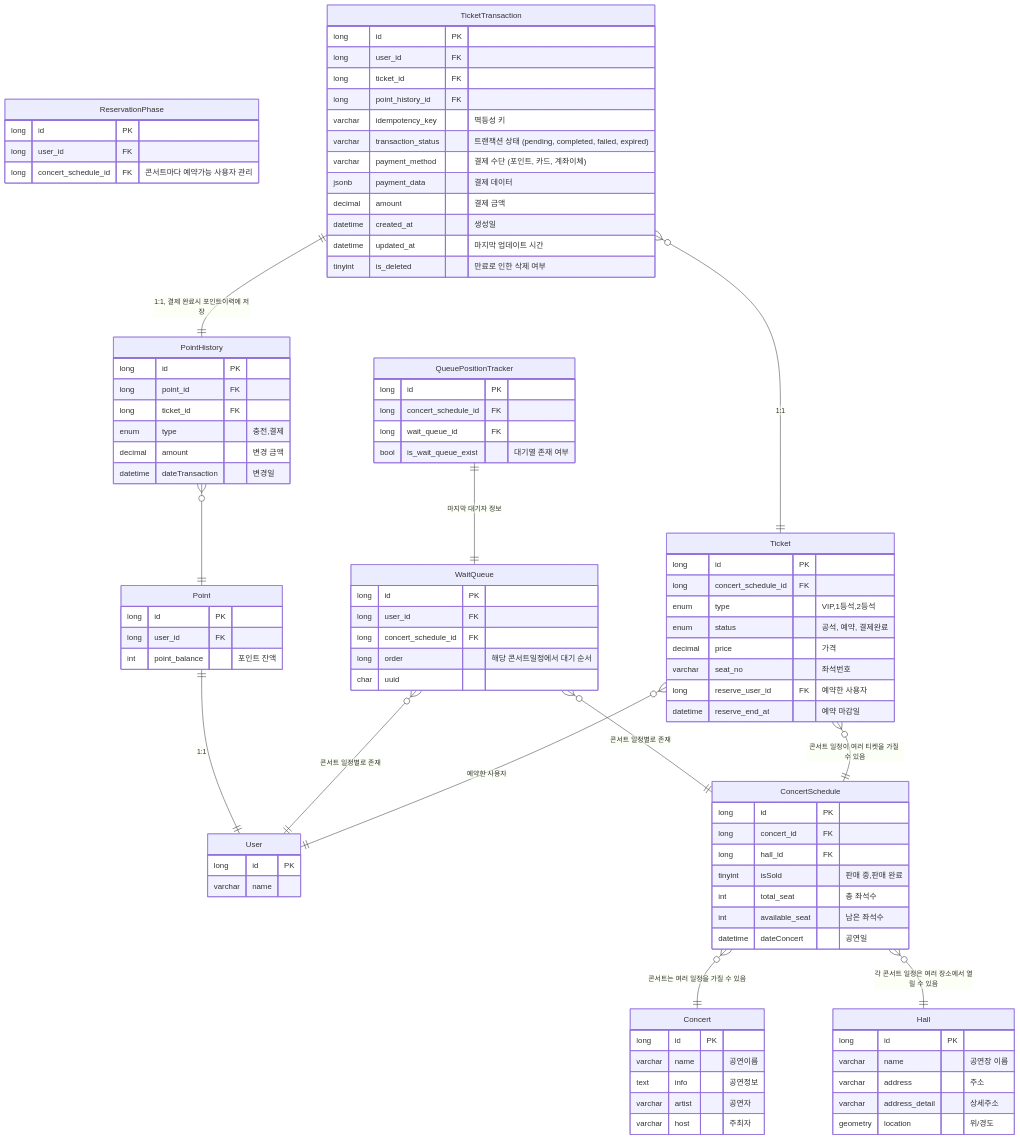
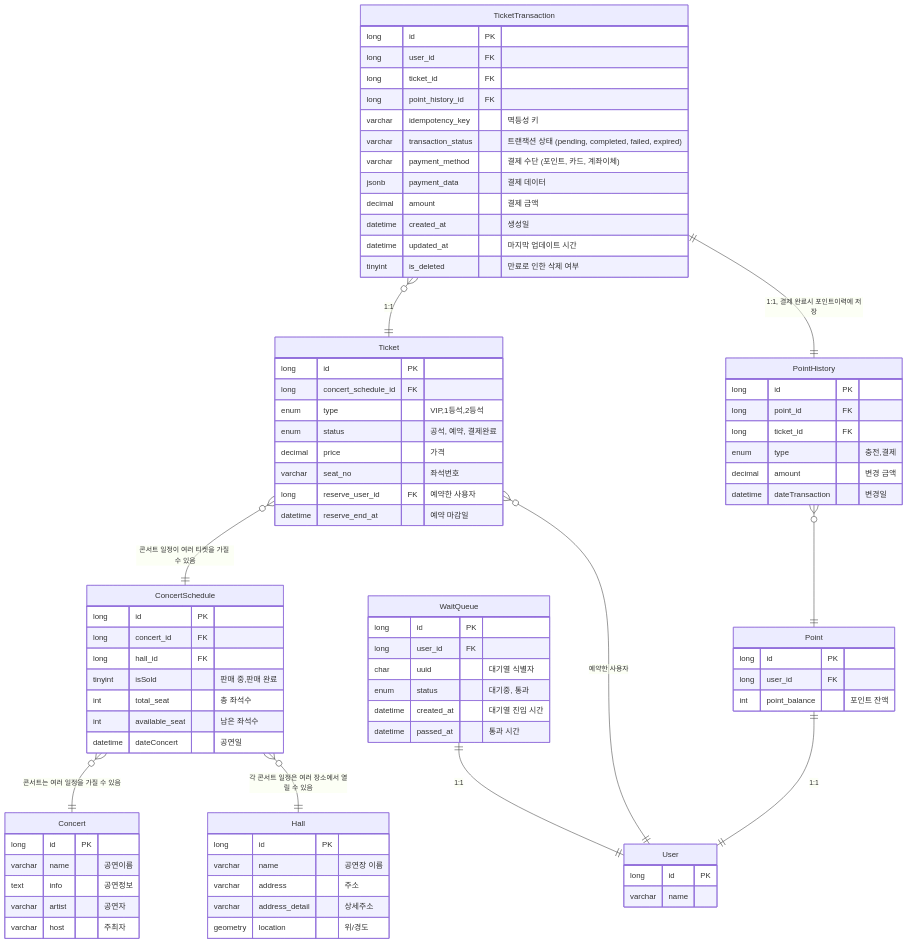
Before and after one commit to chawchaw/concert: the diagram in doc/erd.md, drawn with Mermaid. The commit also changed other lines of this file and 19 other files, not shown here.

```diff
--- a/doc/erd.md
+++ b/doc/erd.md
@@ -70,26 +47,12 @@
     WaitQueue {
         long id PK
         long user_id FK
-        long concert_schedule_id FK
-        long order "해당 콘서트일정에서 대기 순서"
-        char uuid
+        char uuid "대기열 식별자"
+        enum status "대기중, 통과"
+        datetime created_at "대기열 진입 시간"
+        datetime passed_at "통과 시간"
     }
-    WaitQueue }o--|| ConcertSchedule : "콘서트 일정별로 존재"
-    WaitQueue }o--|| User : "콘서트 일정별로 존재"
-
-    QueuePositionTracker {
-        long id PK
-        long concert_schedule_id FK
-        long wait_queue_id FK
-        bool is_wait_queue_exist "대기열 존재 여부"
-    }
-    QueuePositionTracker ||--|| WaitQueue : "마지막 대기자 정보"
-
-    ReservationPhase {
-        long id PK
-        long user_id FK
-        long concert_schedule_id FK "콘서트마다 예약가능 사용자 관리"
-    }
+    WaitQueue ||--|| User : "1:1"
 
     Hall {
         long id PK
```
